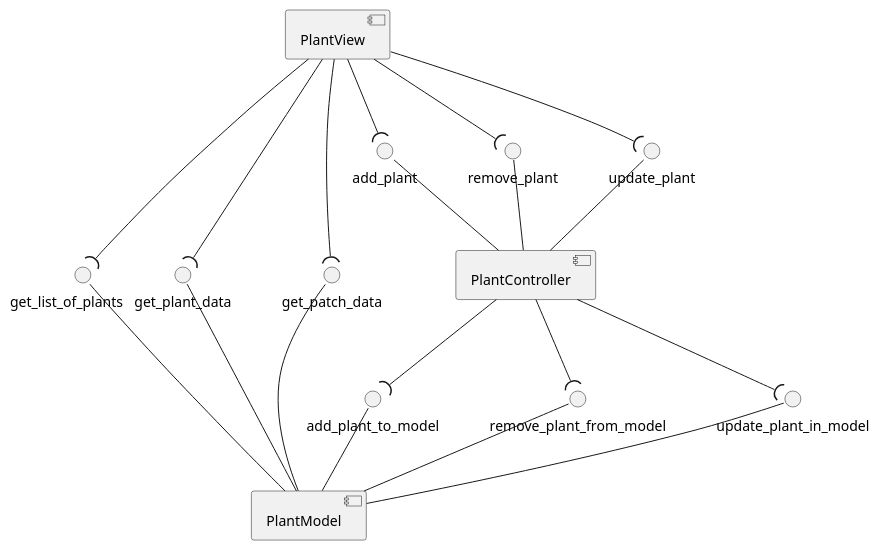
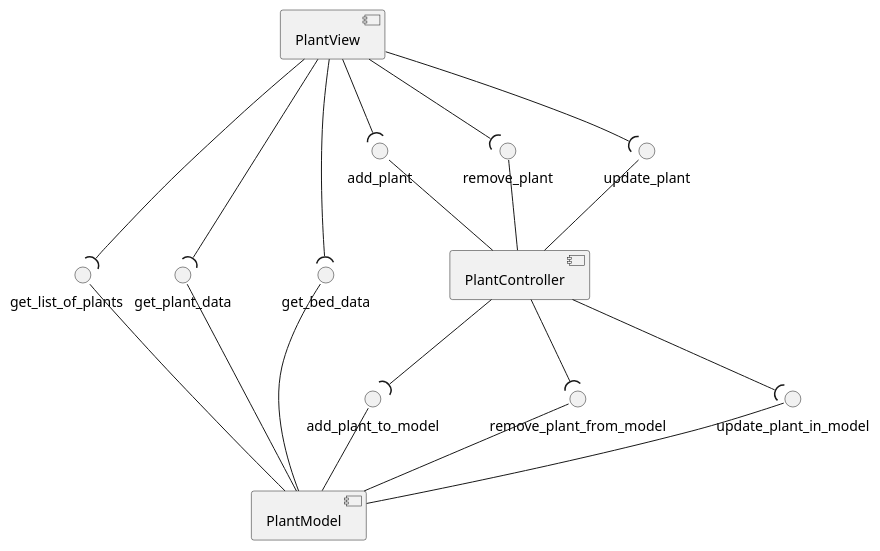
Before and after one commit to Project1989/PlantDB1.0: the diagram in doc/plantuml/KomponentenDiag.puml, drawn with PlantUML. The commit also changed 26 other files, not shown here.

```diff
--- a/doc/plantuml/KomponentenDiag.puml
+++ b/doc/plantuml/KomponentenDiag.puml
@@ -1,33 +1,33 @@
 @startuml Komponenten Diagramm
 [PlantView] as pView
 [PlantModel] as pMdl
 [PlantController] as pCtrlr
 () "get_plant_data" as getPData
 () "get_list_of_plants         " as getLstOfP
-() "get_patch_data" as getPatchData
+() "get_bed_data" as getBedData
 () "add_plant" as addP
 () "remove_plant" as remP
 () "update_plant" as updP
 () "add_plant_to_model" as addPToMdl
 () "remove_plant_from_model" as remPFromMdl
 () "update_plant_in_model" as updPInMdl
 
 addPToMdl -down- pMdl
 pCtrlr --( addPToMdl
 remPFromMdl -down- pMdl
 pCtrlr --( remPFromMdl
 updPInMdl -down- pMdl
 pCtrlr --( updPInMdl
 addP -down- pCtrlr
 pView --( addP
 remP -down- pCtrlr
 updP -down- pCtrlr
 pView --( updP
 pView --( remP
 getPData -down- pMdl
 pView --( getPData
 getLstOfP -down- pMdl
 pView -( getLstOfP
-getPatchData -down- pMdl 
-pView --( getPatchData
+getBedData -down- pMdl 
+pView --( getBedData
 @enduml
```
